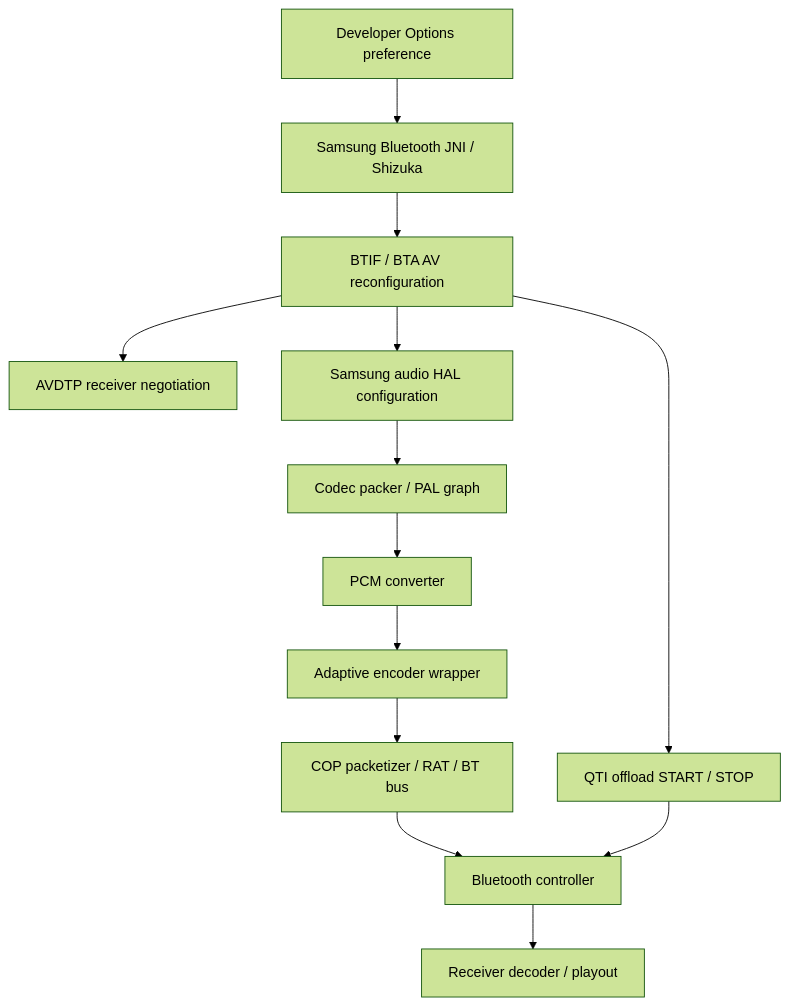
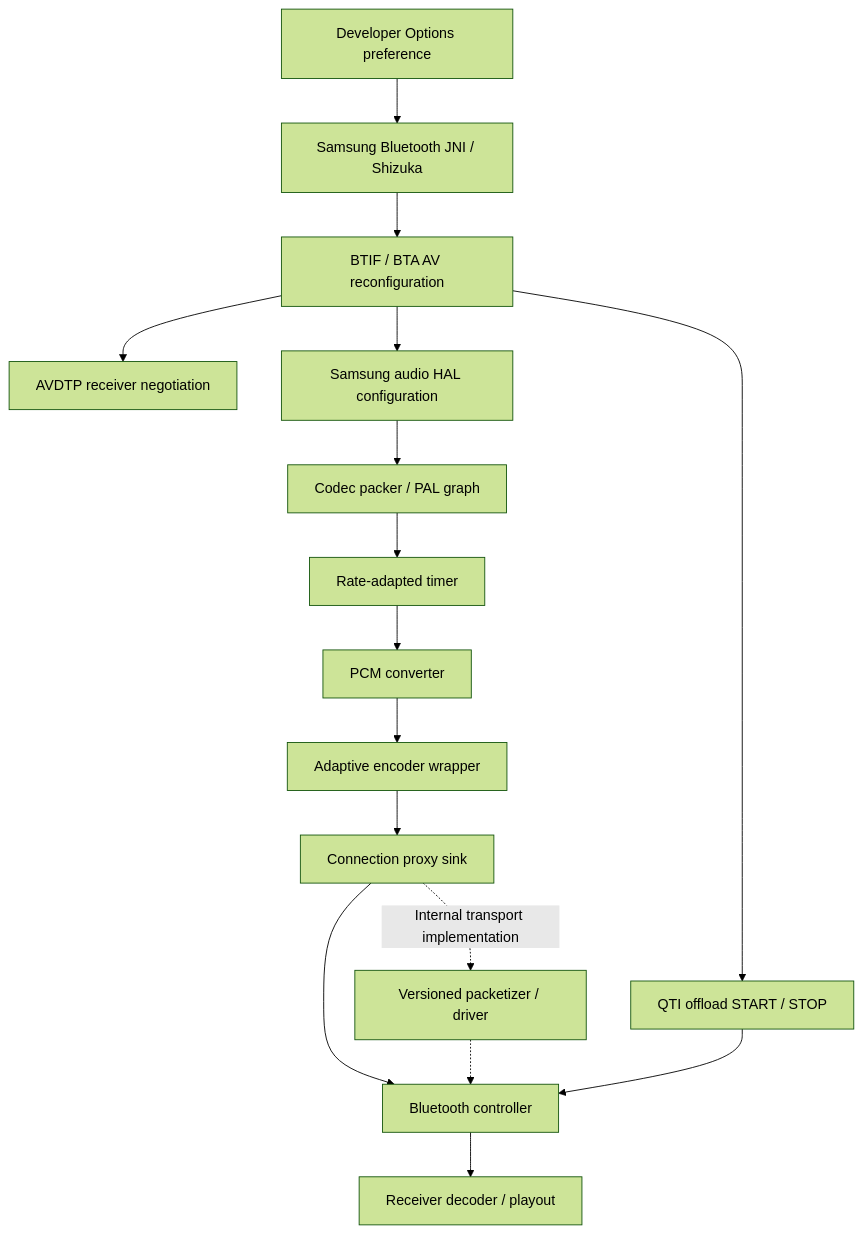
The diagram in docs/PIPELINE.md (EmilyTsum/Shizuka), drawn with Mermaid (forest theme) before and after one commit. The commit also changed other lines of this file and 6 other files, not shown here.

````diff
--- a/docs/PIPELINE.md
+++ b/docs/PIPELINE.md
@@ -5,15 +5,18 @@
 ```mermaid
 flowchart TD
     Settings[Developer Options preference] --> JNI[Samsung Bluetooth JNI / Shizuka]
     JNI --> AV[BTIF / BTA AV reconfiguration]
     AV --> Peer[AVDTP receiver negotiation]
     AV --> HAL[Samsung audio HAL configuration]
     HAL --> PAL[Codec packer / PAL graph]
-    PAL --> PCM[PCM converter]
+    PAL --> RAT[Rate-adapted timer]
+    RAT --> PCM[PCM converter]
     PCM --> Encoder[Adaptive encoder wrapper]
-    Encoder --> COP[COP packetizer / RAT / BT bus]
-    COP --> Controller[Bluetooth controller]
+    Encoder --> CP[Connection proxy sink]
+    CP --> Controller[Bluetooth controller]
+    CP -. Internal transport implementation .-> COP[Versioned packetizer / driver]
+    COP -.-> Controller
     Controller --> Sink[Receiver decoder / playout]
     AV --> QTI[QTI offload START / STOP]
     QTI --> Controller
 ```
````
